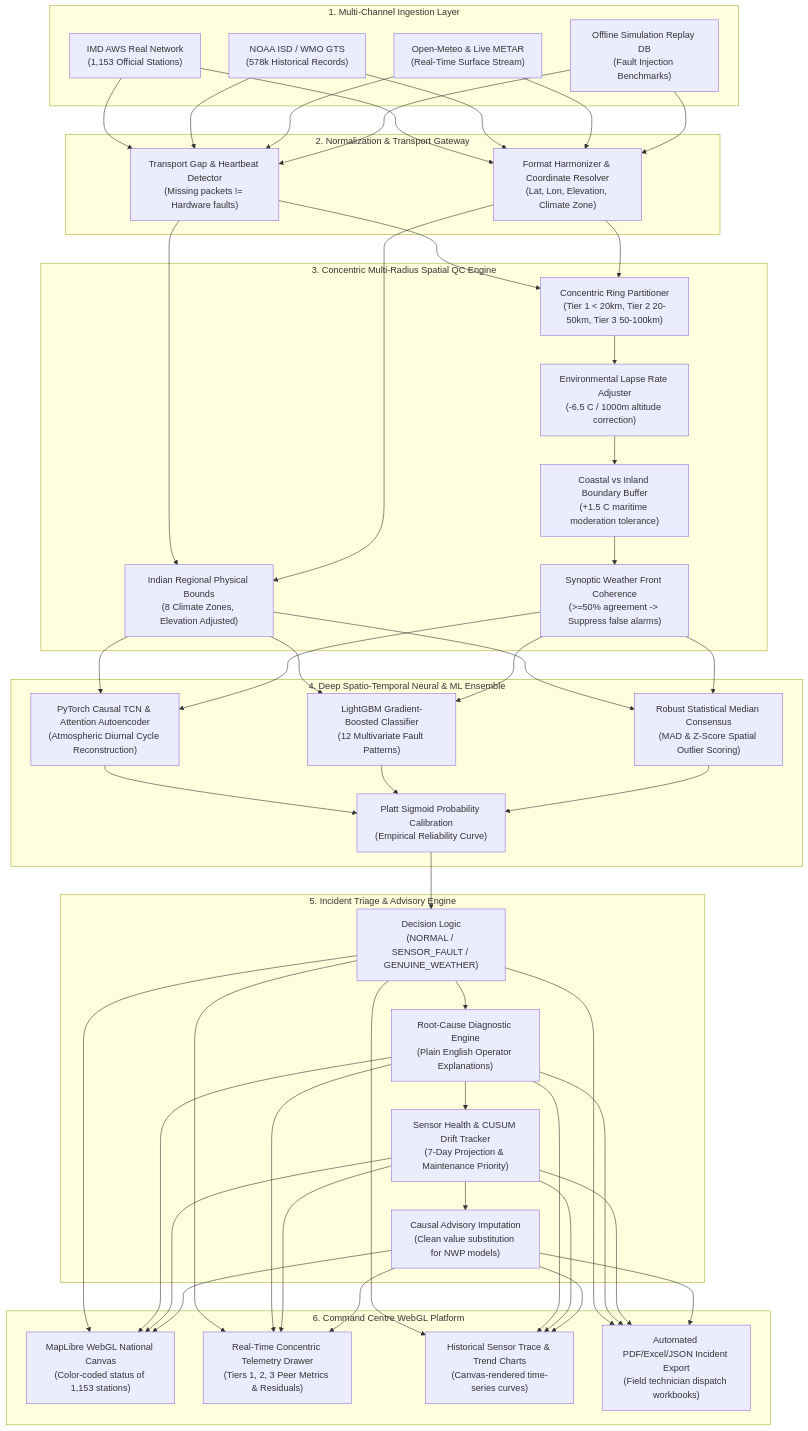
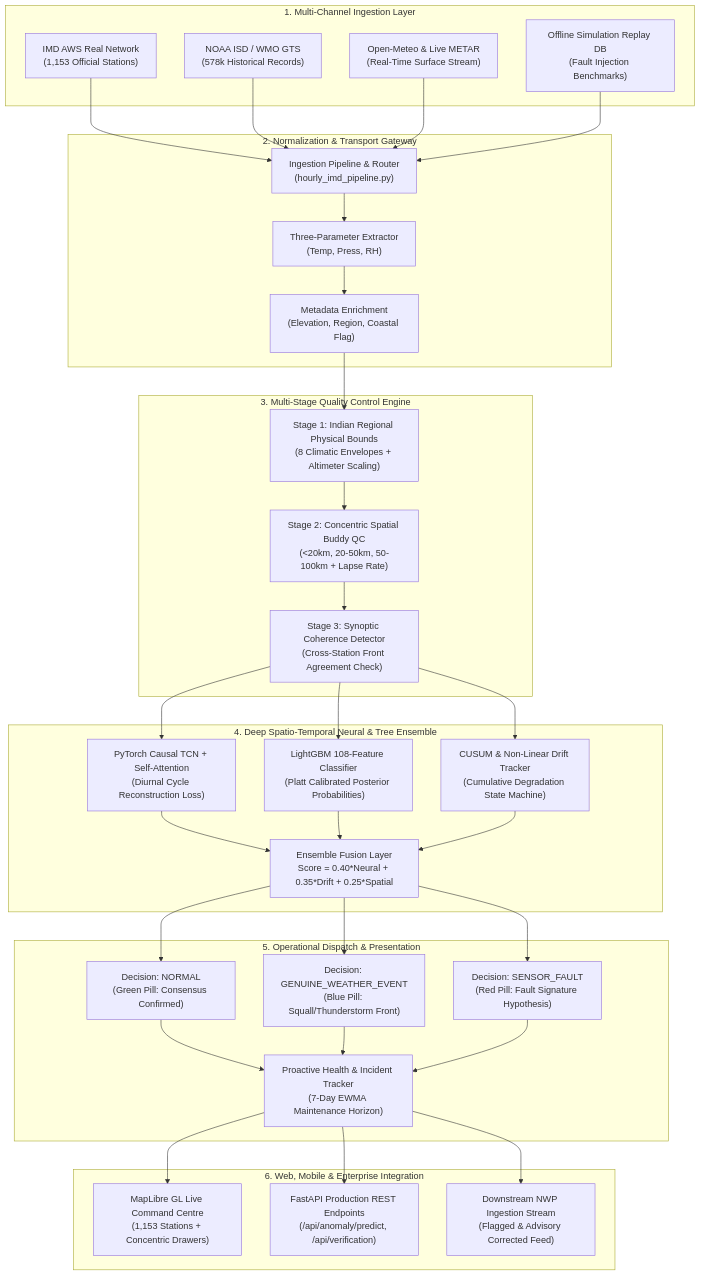
One commit to CodeWithDeepanshuk/skyguard-ai changed the first of 4 diagrams in SKYGUARD_AI_SIH26073_EXPLANATION.md. Above: the diagram before and after it, drawn with Mermaid. The commit also changed other lines of this file and 122 other files, not shown here.

````diff
--- a/SKYGUARD_AI_SIH26073_EXPLANATION.md
+++ b/SKYGUARD_AI_SIH26073_EXPLANATION.md
@@ -95,51 +97,46 @@
 ```mermaid
 flowchart TD
     subgraph Data_Sources ["1. Multi-Channel Ingestion Layer"]
         A1["IMD AWS Real Network<br/>(1,153 Official Stations)"]
         A2["NOAA ISD / WMO GTS<br/>(578k Historical Records)"]
         A3["Open-Meteo & Live METAR<br/>(Real-Time Surface Stream)"]
         A4["Offline Simulation Replay DB<br/>(Fault Injection Benchmarks)"]
     end
 
     subgraph Ingestion_Engine ["2. Normalization & Transport Gateway"]
-        B1["Transport Gap & Heartbeat Detector<br/>(Missing packets != Hardware faults)"]
-        B2["Format Harmonizer & Coordinate Resolver<br/>(Lat, Lon, Elevation, Climate Zone)"]
+        B1["Ingestion Pipeline & Router<br/>(hourly_imd_pipeline.py)"]
+        B2["Three-Parameter Extractor<br/>(Temp, Press, RH)"]
+        B3["Metadata Enrichment<br/>(Elevation, Region, Coastal Flag)"]
+        A1 & A2 & A3 & A4 --> B1 --> B2 --> B3
     end
 
-    subgraph Quality_Control ["3. Concentric Multi-Radius Spatial QC Engine"]
-        C1["Indian Regional Physical Bounds<br/>(8 Climate Zones, Elevation Adjusted)"]
-        C2["Concentric Ring Partitioner<br/>(Tier 1 < 20km, Tier 2 20-50km, Tier 3 50-100km)"]
-        C3["Environmental Lapse Rate Adjuster<br/>(-6.5 C / 1000m altitude correction)"]
-        C4["Coastal vs Inland Boundary Buffer<br/>(+1.5 C maritime moderation tolerance)"]
-        C5["Synoptic Weather Front Coherence<br/>(>=50% agreement -> Suppress false alarms)"]
+    subgraph Quality_Control ["3. Multi-Stage Quality Control Engine"]
+        C1["Stage 1: Indian Regional Physical Bounds<br/>(8 Climatic Envelopes + Altimeter Scaling)"]
+        C2["Stage 2: Concentric Spatial Buddy QC<br/>(<20km, 20-50km, 50-100km + Lapse Rate)"]
+        C3["Stage 3: Synoptic Coherence Detector<br/>(Cross-Station Front Agreement Check)"]
+        B3 --> C1 --> C2 --> C3
     end
 
-    subgraph AI_Ensemble ["4. Deep Spatio-Temporal Neural & ML Ensemble"]
-        D1["PyTorch Causal TCN & Attention Autoencoder<br/>(Atmospheric Diurnal Cycle Reconstruction)"]
-        D2["LightGBM Gradient-Boosted Classifier<br/>(12 Multivariate Fault Patterns)"]
-        D3["Robust Statistical Median Consensus<br/>(MAD & Z-Score Spatial Outlier Scoring)"]
-        D4["Platt Sigmoid Probability Calibration<br/>(Empirical Reliability Curve)"]
+    subgraph AI_ML_Engine ["4. Deep Spatio-Temporal Neural & Tree Ensemble"]
+        D1["PyTorch Causal TCN + Self-Attention<br/>(Diurnal Cycle Reconstruction Loss)"]
+        D2["LightGBM 108-Feature Classifier<br/>(Platt Calibrated Posterior Probabilities)"]
+        D3["CUSUM & Non-Linear Drift Tracker<br/>(Cumulative Degradation State Machine)"]
+        D4["Ensemble Fusion Layer<br/>Score = 0.40*Neural + 0.35*Drift + 0.25*Spatial"]
+        C3 --> D1 & D2 & D3 --> D4
     end
 
-    subgraph Incident_Lifecycle ["5. Incident Triage & Advisory Engine"]
-        E1["Decision Logic<br/>(NORMAL / SENSOR_FAULT / GENUINE_WEATHER)"]
-        E2["Root-Cause Diagnostic Engine<br/>(Plain English Operator Explanations)"]
-        E3["Sensor Health & CUSUM Drift Tracker<br/>(7-Day Projection & Maintenance Priority)"]
-        E4["Causal Advisory Imputation<br/>(Clean value substitution for NWP models)"]
+    subgraph Decision_Output ["5. Operational Dispatch & Presentation"]
+        E1["Decision: NORMAL<br/>(Green Pill: Consensus Confirmed)"]
+        E2["Decision: GENUINE_WEATHER_EVENT<br/>(Blue Pill: Squall/Thunderstorm Front)"]
+        E3["Decision: SENSOR_FAULT<br/>(Red Pill: Fault Signature Hypothesis)"]
+        E4["Proactive Health & Incident Tracker<br/>(7-Day EWMA Maintenance Horizon)"]
+        D4 --> E1 & E2 & E3 --> E4
     end
 
-    subgraph Presentation_Layer ["6. Command Centre WebGL Platform"]
-        F1["MapLibre WebGL National Canvas<br/>(Color-coded status of 1,153 stations)"]
-        F2["Real-Time Concentric Telemetry Drawer<br/>(Tiers 1, 2, 3 Peer Metrics & Residuals)"]
-        F3["Historical Sensor Trace & Trend Charts<br/>(Canvas-rendered time-series curves)"]
-        F4["Automated PDF/Excel/JSON Incident Export<br/>(Field technician dispatch workbooks)"]
+    subgraph Delivery_Channels ["6. Web, Mobile & Enterprise Integration"]
+        F1["MapLibre GL Live Command Centre<br/>(1,153 Stations + Concentric Drawers)"]
+        F2["FastAPI Production REST Endpoints<br/>(/api/anomaly/predict, /api/verification)"]
+        F3["Downstream NWP Ingestion Stream<br/>(Flagged & Advisory Corrected Feed)"]
+        E4 --> F1 & F2 & F3
     end
-
-    A1 & A2 & A3 & A4 --> B1 & B2
-    B1 & B2 --> C1 & C2
-    C2 --> C3 --> C4 --> C5
-    C1 & C5 --> D1 & D2 & D3
-    D1 & D2 & D3 --> D4
-    D4 --> E1 --> E2 --> E3 --> E4
-    E1 & E2 & E3 & E4 --> F1 & F2 & F3 & F4
 ```
````
